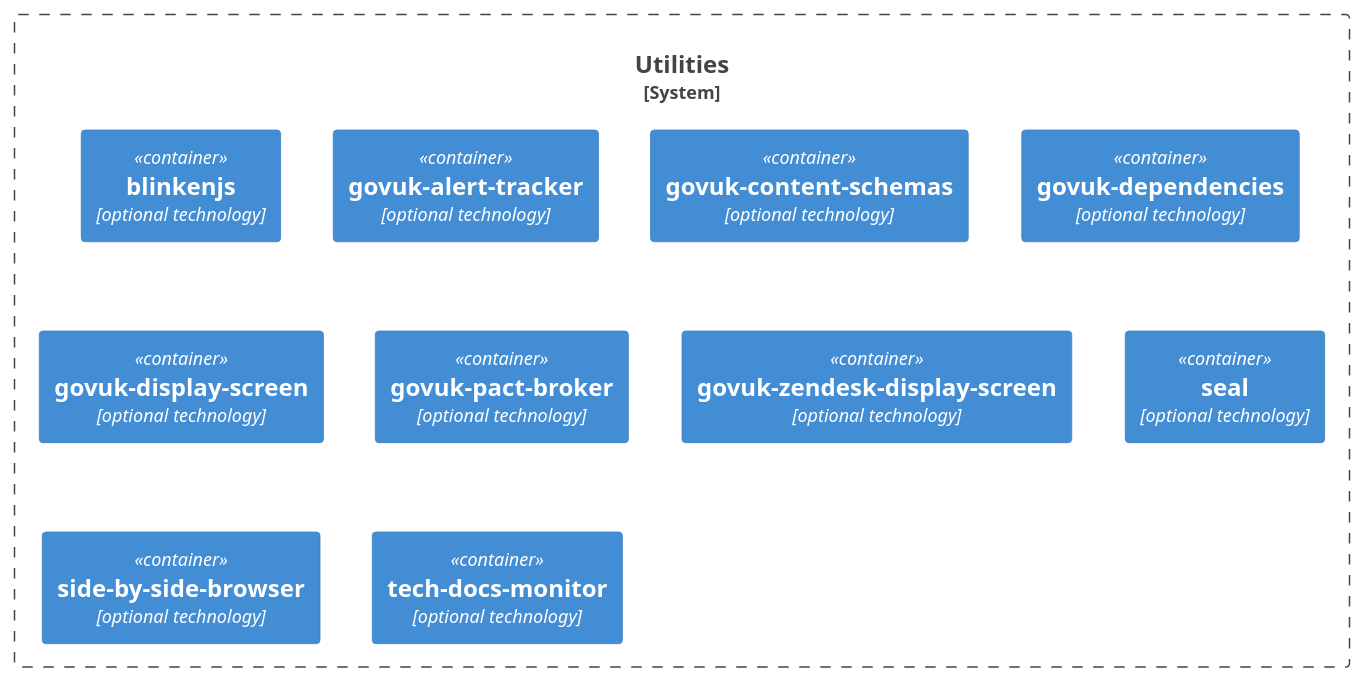
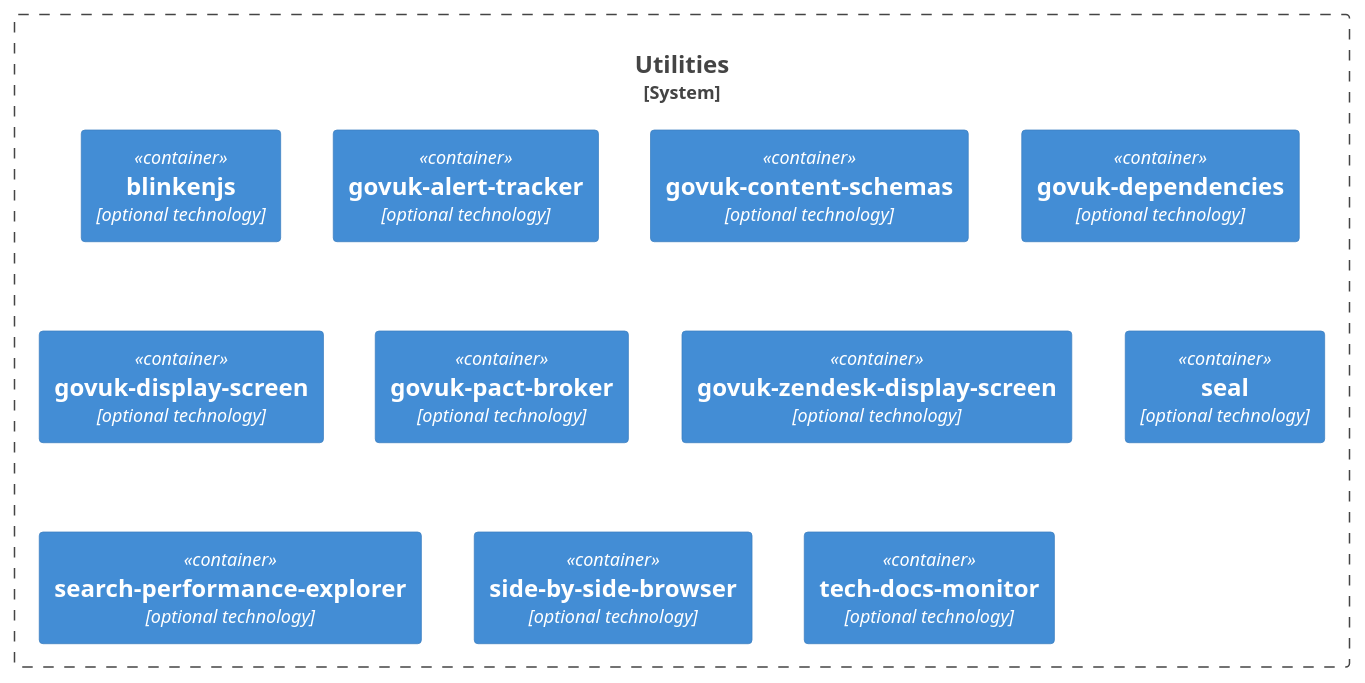
Before and after one commit to alphagov/govuk-developer-docs: the diagram in diagrams/utilities.puml, drawn with PlantUML. The commit also changed 3 other files, not shown here.

Commit message:
Add auto-generated diagrams from 'bundle exec rake'

```diff
--- a/diagrams/utilities.puml
+++ b/diagrams/utilities.puml
@@ -1,17 +1,18 @@
 @startuml C4_GOVUK_Container_utilities
 !includeurl https://raw.githubusercontent.com/RicardoNiepel/C4-PlantUML/release/1-0/C4_Container.puml
 
 System_Boundary(utilities, "Utilities"){
 Container(blinkenjs, "blinkenjs", "optional technology", "")
 Container(govuk_alert_tracker, "govuk-alert-tracker", "optional technology", "")
 Container(govuk_content_schemas, "govuk-content-schemas", "optional technology", "")
 Container(govuk_dependencies, "govuk-dependencies", "optional technology", "")
 Container(govuk_display_screen, "govuk-display-screen", "optional technology", "")
 Container(govuk_pact_broker, "govuk-pact-broker", "optional technology", "")
 Container(govuk_zendesk_display_screen, "govuk-zendesk-display-screen", "optional technology", "")
 Container(seal, "seal", "optional technology", "")
+Container(search_performance_explorer, "search-performance-explorer", "optional technology", "")
 Container(side_by_side_browser, "side-by-side-browser", "optional technology", "")
 Container(tech_docs_monitor, "tech-docs-monitor", "optional technology", "")
 }
 
 @enduml
```
